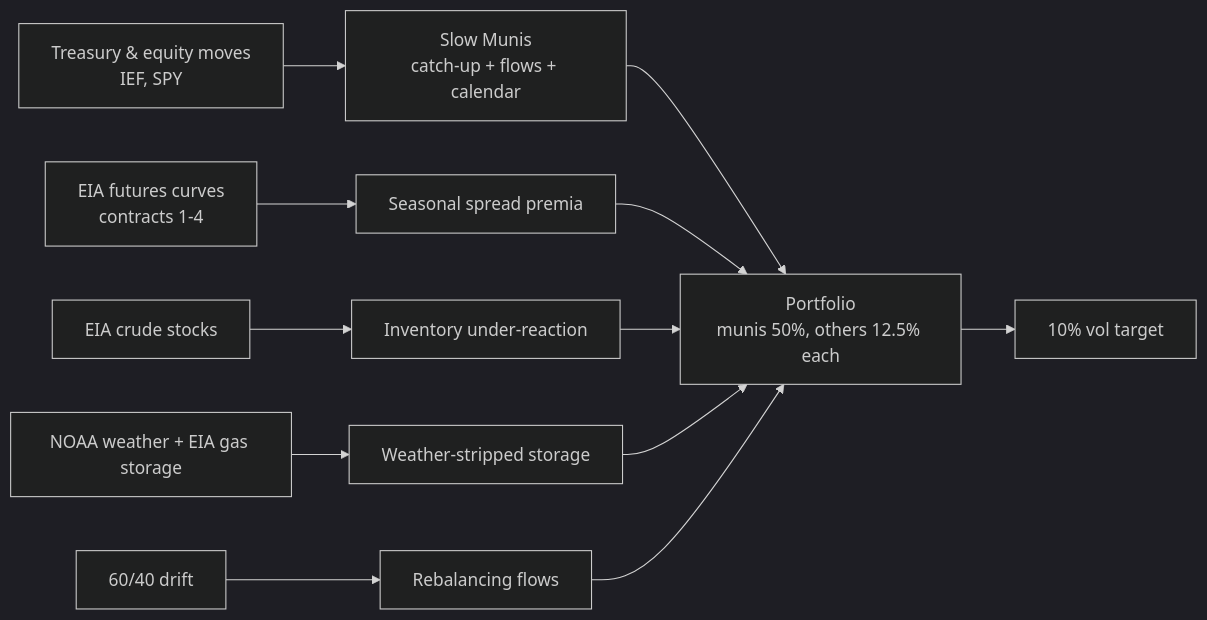
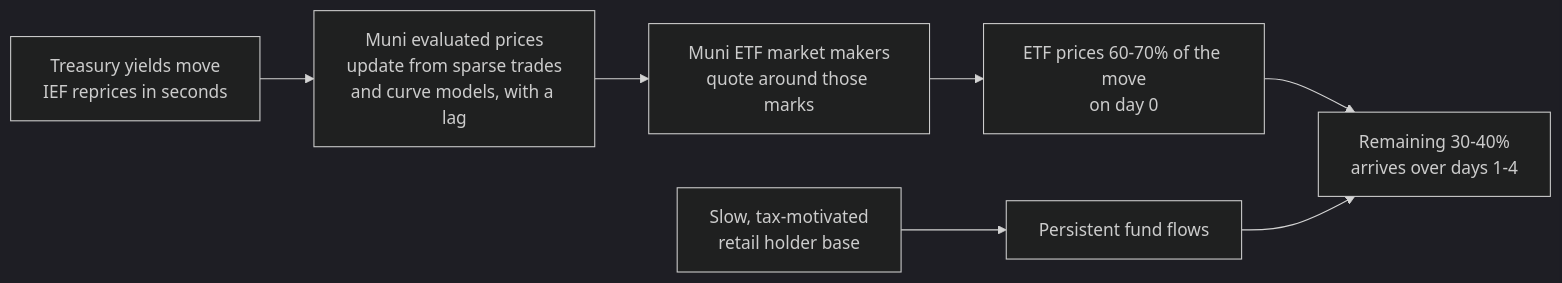
Before and after one commit to vibgyor22/muni-stale-price-macro: the diagram in README.md, drawn with Mermaid (dark theme). The commit also changed other lines of this file and 53 other files, not shown here.

First line of the commit message:
Focus the repository on the muni lag strategy

````diff
--- a/README.md
+++ b/README.md
@@ -75,10 +68,9 @@
 ```mermaid
 flowchart LR
-    A[Treasury & equity moves<br/>IEF, SPY] --> M[Slow Munis<br/>catch-up + flows + calendar]
-    B[EIA futures curves<br/>contracts 1-4] --> E1[Seasonal spread premia]
-    C[EIA crude stocks] --> E2[Inventory under-reaction]
-    D[NOAA weather + EIA gas storage] --> G[Weather-stripped storage]
-    F[60/40 drift] --> R[Rebalancing flows]
-    M & E1 & E2 & G & R --> P[Portfolio<br/>munis 50%, others 12.5% each]
-    P --> V[10% vol target]
+    T[Treasury yields move<br/>IEF reprices in seconds] --> V[Muni evaluated prices<br/>update from sparse trades<br/>and curve models, with a lag]
+    V --> E[Muni ETF market makers<br/>quote around those marks]
+    E --> P[ETF prices 60-70% of the move<br/>on day 0]
+    P --> C[Remaining 30-40%<br/>arrives over days 1-4]
+    H[Slow, tax-motivated<br/>retail holder base] --> F[Persistent fund flows]
+    F --> C
 ```
````
